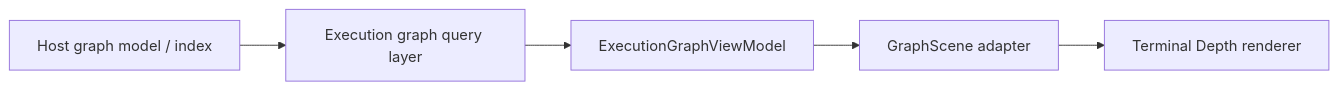
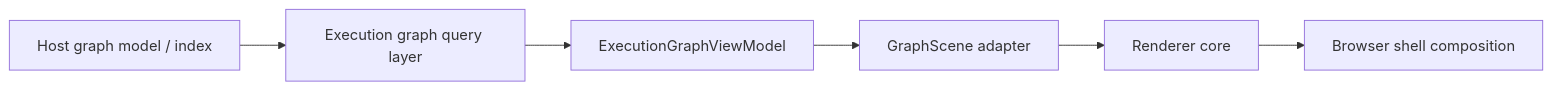
Before and after one commit to jasonbelmonti/terminal-depth: the diagram in docs/design/terminal-depth-renderer.md, drawn with Mermaid. The commit also changed other lines of this file and 2 other files, not shown here.

Commit message:
Align docs to renderer-first web TUI direction

````diff
--- a/docs/design/terminal-depth-renderer.md
+++ b/docs/design/terminal-depth-renderer.md
@@ -96,7 +141,8 @@
 ```mermaid
 flowchart LR
   A["Host graph model / index"] --> B["Execution graph query layer"]
   B --> C["ExecutionGraphViewModel"]
   C --> D["GraphScene adapter"]
-  D --> E["Terminal Depth renderer"]
+  D --> E["Renderer core"]
+  E --> F["Browser shell composition"]
 ```
````
